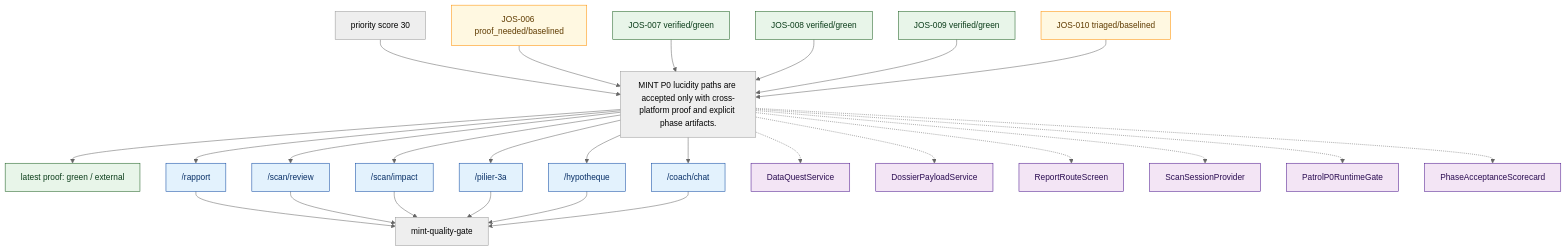
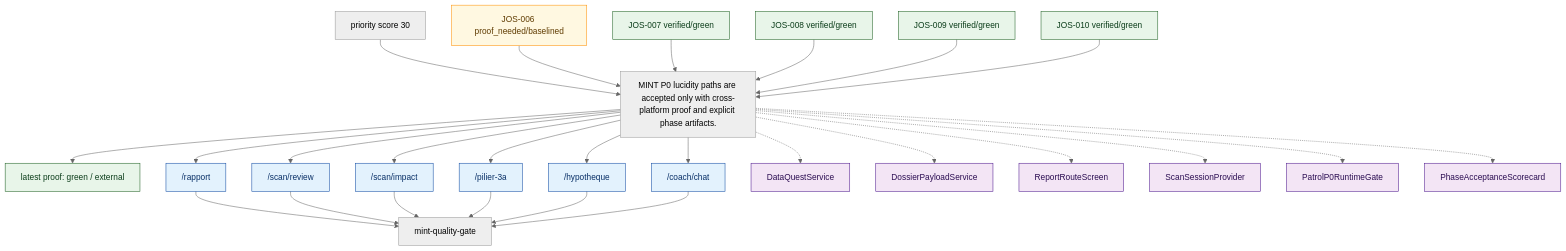
One commit to MINT-IA/MINT changed the diagram in .planning/journeys/diagrams/mint_lucidity_p0_acceptance.mmd. Above: the diagram before and after it, drawn with Mermaid (neutral theme). The commit also changed 23 other files, not shown here.

```diff
--- a/.planning/journeys/diagrams/mint_lucidity_p0_acceptance.mmd
+++ b/.planning/journeys/diagrams/mint_lucidity_p0_acceptance.mmd
@@ -1,74 +1,74 @@
 %% Generated from .planning/journeys/records/mint_lucidity_p0_acceptance.json
 flowchart TD
   promise["MINT P0 lucidity paths are accepted only with cross-platform proof and explicit phase artifacts."]
   team["mint-quality-gate"]
   latest["latest proof: green / external"]
   promise --> latest
   classDef green fill:#e8f5e9,stroke:#1b5e20,color:#0b3d1a;
   classDef red fill:#ffebee,stroke:#b71c1c,color:#5f1111;
   classDef amber fill:#fff8e1,stroke:#ff8f00,color:#5f3b00;
   classDef blocked fill:#eceff1,stroke:#455a64,color:#263238;
   classDef neutral fill:#f5f5f5,stroke:#616161,color:#212121;
   classDef route fill:#e3f2fd,stroke:#0d47a1,color:#082f66;
   classDef surface fill:#f3e5f5,stroke:#4a148c,color:#2b0d52;
   classDef api fill:#e0f2f1,stroke:#00695c,color:#003d35;
   class latest green
   priority["priority score 30"]
   priority --> promise
   route_rapport["/rapport"]
   promise --> route_rapport
   route_rapport --> team
   class route_rapport route
   route_scan_review["/scan/review"]
   promise --> route_scan_review
   route_scan_review --> team
   class route_scan_review route
   route_scan_impact["/scan/impact"]
   promise --> route_scan_impact
   route_scan_impact --> team
   class route_scan_impact route
   route_pilier_3a["/pilier-3a"]
   promise --> route_pilier_3a
   route_pilier_3a --> team
   class route_pilier_3a route
   route_hypotheque["/hypotheque"]
   promise --> route_hypotheque
   route_hypotheque --> team
   class route_hypotheque route
   route_coach_chat["/coach/chat"]
   promise --> route_coach_chat
   route_coach_chat --> team
   class route_coach_chat route
   surface_DataQuestService["DataQuestService"]
   promise -.-> surface_DataQuestService
   class surface_DataQuestService surface
   surface_DossierPayloadService["DossierPayloadService"]
   promise -.-> surface_DossierPayloadService
   class surface_DossierPayloadService surface
   surface_ReportRouteScreen["ReportRouteScreen"]
   promise -.-> surface_ReportRouteScreen
   class surface_ReportRouteScreen surface
   surface_ScanSessionProvider["ScanSessionProvider"]
   promise -.-> surface_ScanSessionProvider
   class surface_ScanSessionProvider surface
   surface_PatrolP0RuntimeGate["PatrolP0RuntimeGate"]
   promise -.-> surface_PatrolP0RuntimeGate
   class surface_PatrolP0RuntimeGate surface
   surface_PhaseAcceptanceScorecard["PhaseAcceptanceScorecard"]
   promise -.-> surface_PhaseAcceptanceScorecard
   class surface_PhaseAcceptanceScorecard surface
   issue_JOS_006["JOS-006 proof_needed/baselined"]
   issue_JOS_006 --> promise
   class issue_JOS_006 amber
   issue_JOS_007["JOS-007 verified/green"]
   issue_JOS_007 --> promise
   class issue_JOS_007 green
   issue_JOS_008["JOS-008 verified/green"]
   issue_JOS_008 --> promise
   class issue_JOS_008 green
   issue_JOS_009["JOS-009 verified/green"]
   issue_JOS_009 --> promise
   class issue_JOS_009 green
-  issue_JOS_010["JOS-010 triaged/baselined"]
+  issue_JOS_010["JOS-010 verified/green"]
   issue_JOS_010 --> promise
-  class issue_JOS_010 amber
+  class issue_JOS_010 green
```
